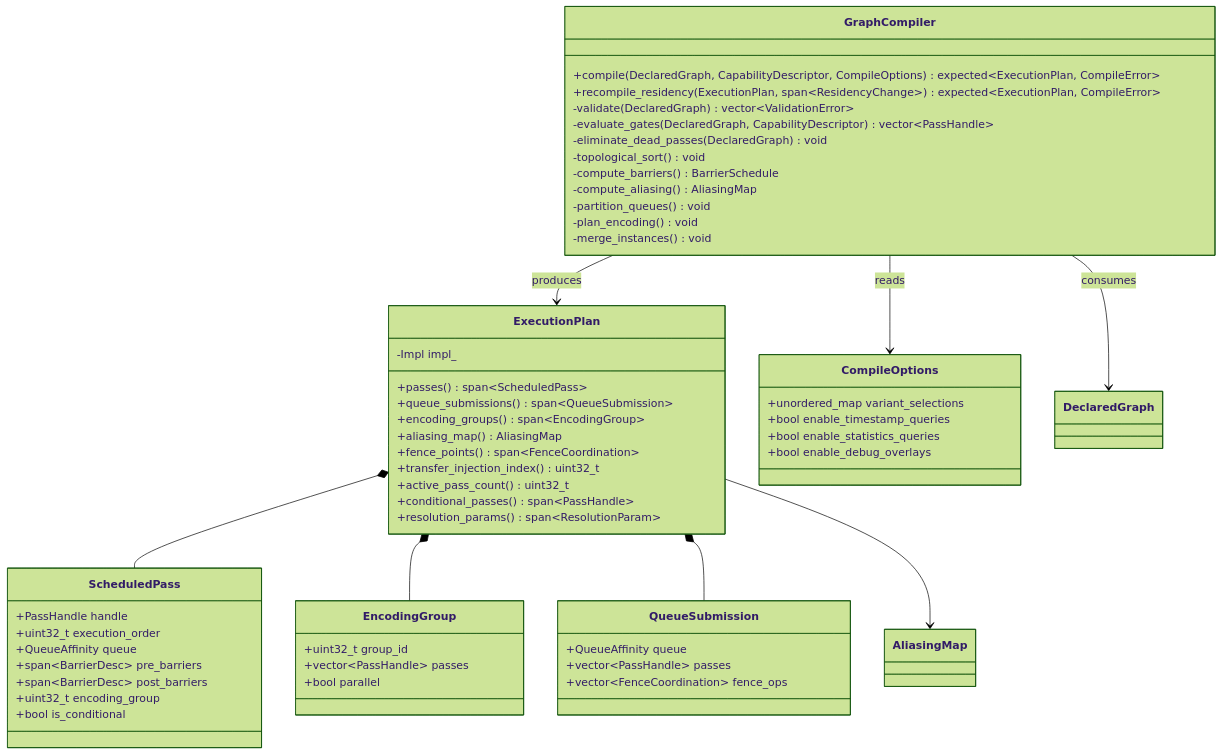
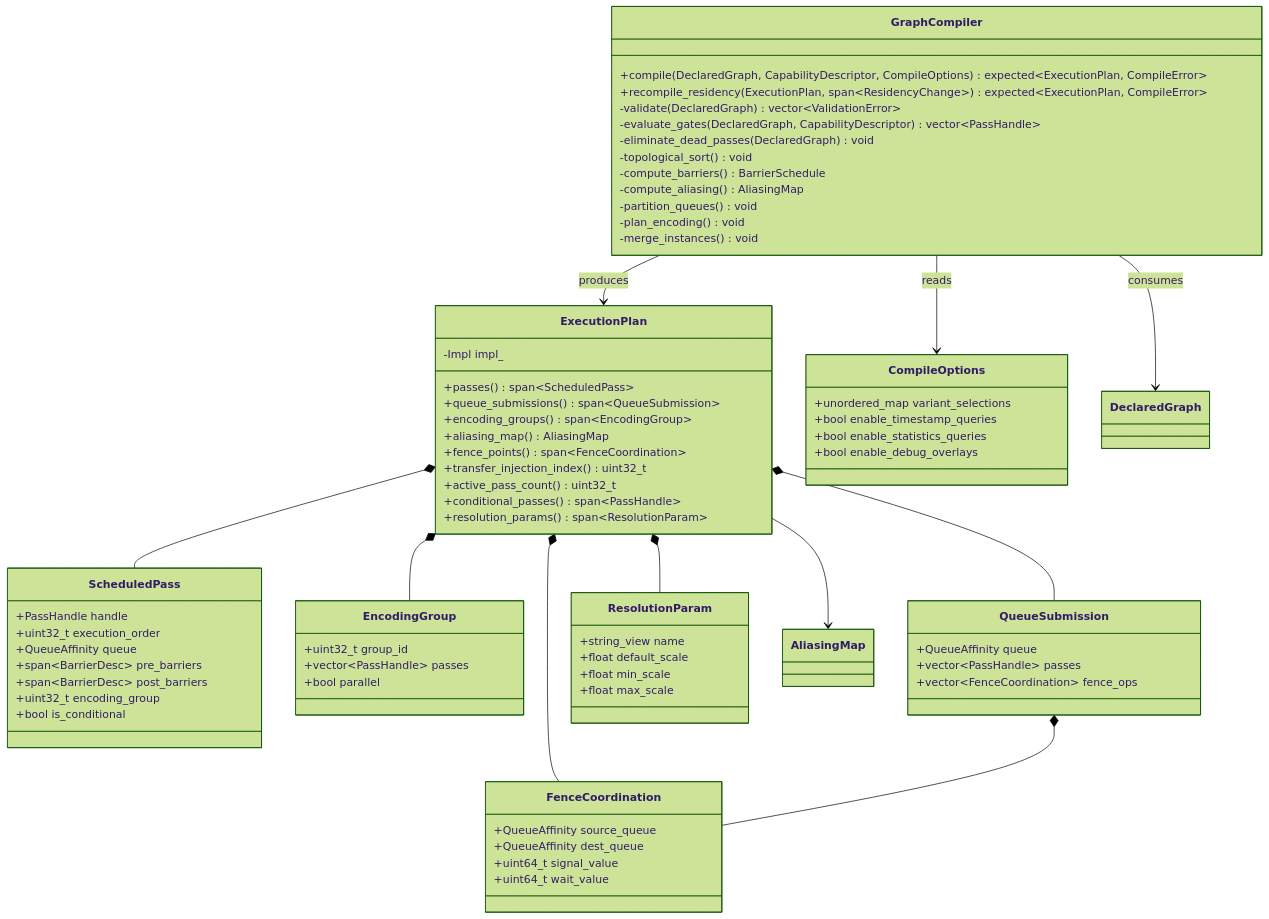
One commit to harmonius-dev/harmonius changed the third of 15 diagrams in docs/design/render-graph-classes.md. Above: the diagram before and after it, drawn with Mermaid (forest theme). The commit also changed other lines of this file and 26 other files, not shown here.

Commit message:
Add class diagrams and update CMake config

````diff
--- a/docs/design/render-graph-classes.md
+++ b/docs/design/render-graph-classes.md
@@ -206,61 +323,76 @@
 ```mermaid
 classDiagram
     class GraphCompiler {
         +compile(DeclaredGraph, CapabilityDescriptor, CompileOptions) expected~ExecutionPlan, CompileError~
         +recompile_residency(ExecutionPlan, span~ResidencyChange~) expected~ExecutionPlan, CompileError~
         -validate(DeclaredGraph) vector~ValidationError~
         -evaluate_gates(DeclaredGraph, CapabilityDescriptor) vector~PassHandle~
         -eliminate_dead_passes(DeclaredGraph) void
         -topological_sort() void
         -compute_barriers() BarrierSchedule
         -compute_aliasing() AliasingMap
         -partition_queues() void
         -plan_encoding() void
         -merge_instances() void
     }
     class ExecutionPlan {
         +passes() span~ScheduledPass~
         +queue_submissions() span~QueueSubmission~
         +encoding_groups() span~EncodingGroup~
         +aliasing_map() AliasingMap
         +fence_points() span~FenceCoordination~
         +transfer_injection_index() uint32_t
         +active_pass_count() uint32_t
         +conditional_passes() span~PassHandle~
         +resolution_params() span~ResolutionParam~
         -Impl impl_
     }
     class ScheduledPass {
         +PassHandle handle
         +uint32_t execution_order
         +QueueAffinity queue
         +span~BarrierDesc~ pre_barriers
         +span~BarrierDesc~ post_barriers
         +uint32_t encoding_group
         +bool is_conditional
     }
     class EncodingGroup {
         +uint32_t group_id
         +vector~PassHandle~ passes
         +bool parallel
     }
     class QueueSubmission {
         +QueueAffinity queue
         +vector~PassHandle~ passes
         +vector~FenceCoordination~ fence_ops
     }
     class CompileOptions {
         +unordered_map variant_selections
         +bool enable_timestamp_queries
         +bool enable_statistics_queries
         +bool enable_debug_overlays
     }
+    class FenceCoordination {
+        +QueueAffinity source_queue
+        +QueueAffinity dest_queue
+        +uint64_t signal_value
+        +uint64_t wait_value
+    }
+    class ResolutionParam {
+        +string_view name
+        +float default_scale
+        +float min_scale
+        +float max_scale
+    }
 
     GraphCompiler --> ExecutionPlan : produces
     GraphCompiler --> DeclaredGraph : consumes
     GraphCompiler --> CompileOptions : reads
     ExecutionPlan *-- ScheduledPass
     ExecutionPlan *-- EncodingGroup
     ExecutionPlan *-- QueueSubmission
+    ExecutionPlan *-- FenceCoordination
+    ExecutionPlan *-- ResolutionParam
     ExecutionPlan --> AliasingMap
+    QueueSubmission *-- FenceCoordination
 ```
````
